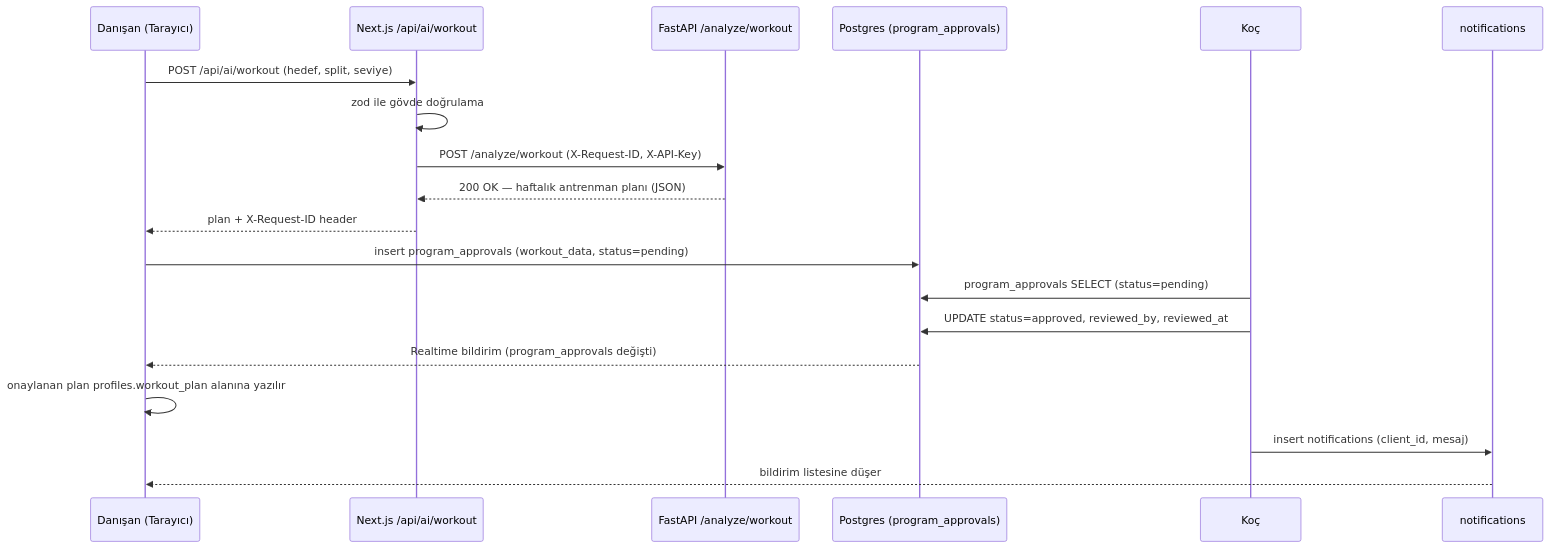
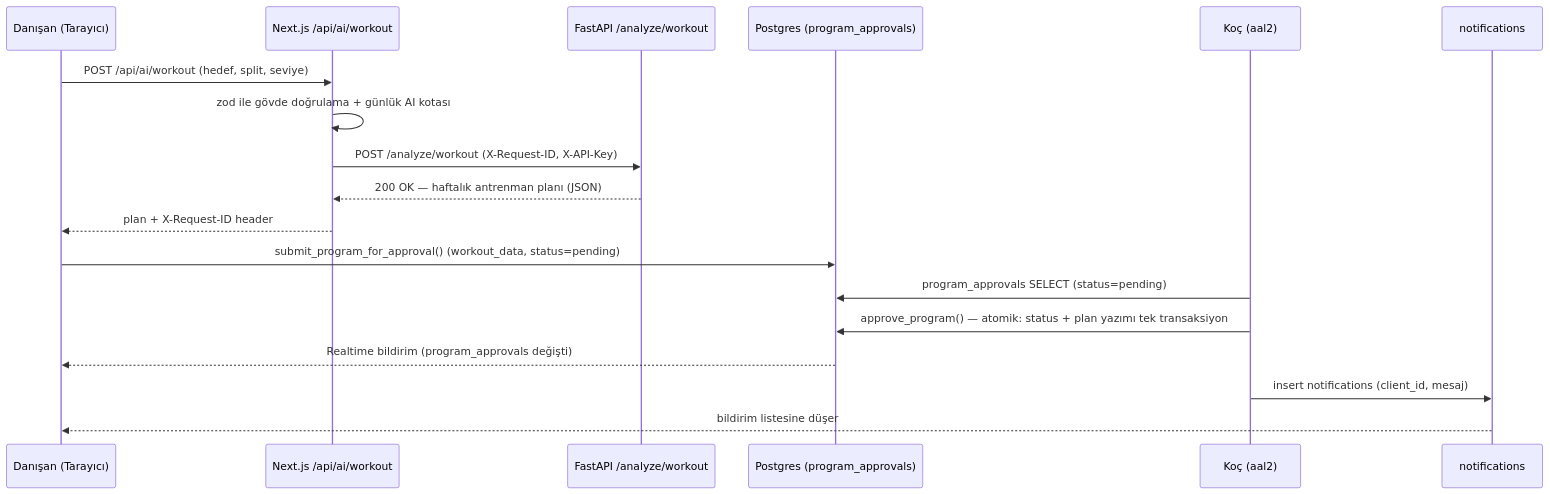
The second of 2 diagrams in README.md (ayberkaarda/Online-Coaching-AppV2), drawn with Mermaid before and after one commit. The commit also changed other lines of this file and 5 other files, not shown here.

````diff
--- a/README.md
+++ b/README.md
@@ -93,22 +171,21 @@
 ```mermaid
 sequenceDiagram
   participant D as Danışan (Tarayıcı)
   participant N as Next.js /api/ai/workout
   participant F as FastAPI /analyze/workout
   participant P as Postgres (program_approvals)
-  participant K as Koç
+  participant K as Koç (aal2)
   participant Not as notifications
 
   D->>N: POST /api/ai/workout (hedef, split, seviye)
-  N->>N: zod ile gövde doğrulama
+  N->>N: zod ile gövde doğrulama + günlük AI kotası
   N->>F: POST /analyze/workout (X-Request-ID, X-API-Key)
   F-->>N: 200 OK — haftalık antrenman planı (JSON)
   N-->>D: plan + X-Request-ID header
-  D->>P: insert program_approvals (workout_data, status=pending)
+  D->>P: submit_program_for_approval() (workout_data, status=pending)
   K->>P: program_approvals SELECT (status=pending)
-  K->>P: UPDATE status=approved, reviewed_by, reviewed_at
+  K->>P: approve_program() — atomik: status + plan yazımı tek transaksiyon
   P-->>D: Realtime bildirim (program_approvals değişti)
-  D->>D: onaylanan plan profiles.workout_plan alanına yazılır
   K->>Not: insert notifications (client_id, mesaj)
   Not-->>D: bildirim listesine düşer
 ```
````
